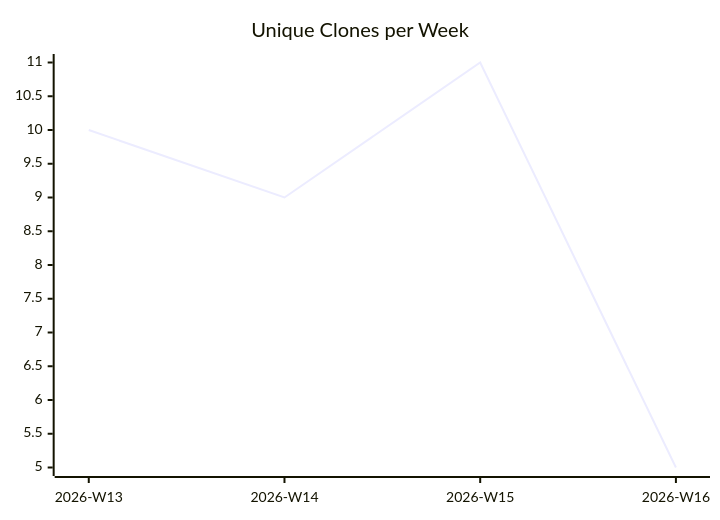
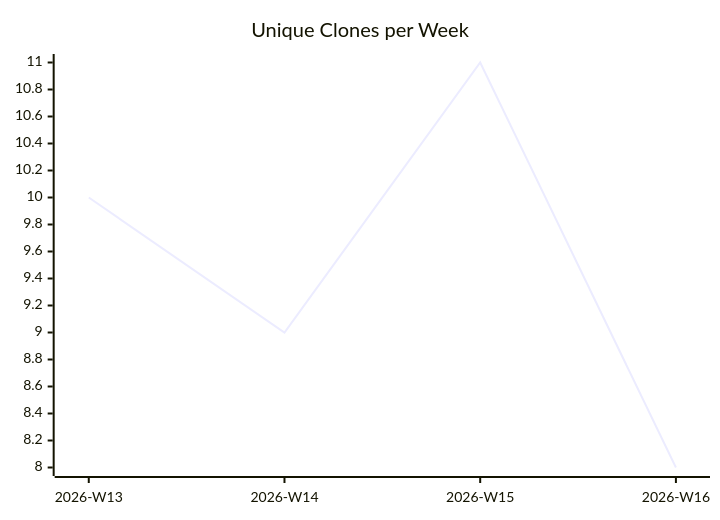
One commit to justdavis-family/github-analytics-data changed the third of 3 diagrams in karlmdavis/usgs-water-api-java/README.md. Above: the diagram before and after it, drawn with Mermaid. The commit also changed other lines of this file and 190 other files, not shown here.

````diff
--- a/karlmdavis/usgs-water-api-java/README.md
+++ b/karlmdavis/usgs-water-api-java/README.md
@@ -19,6 +19,6 @@
 ```mermaid
 xychart-beta
   title "Unique Clones per Week"
   x-axis ["2026-W13", "2026-W14", "2026-W15", "2026-W16"]
-  line [10, 9, 11, 5]
+  line [10, 9, 11, 8]
 ```
````
